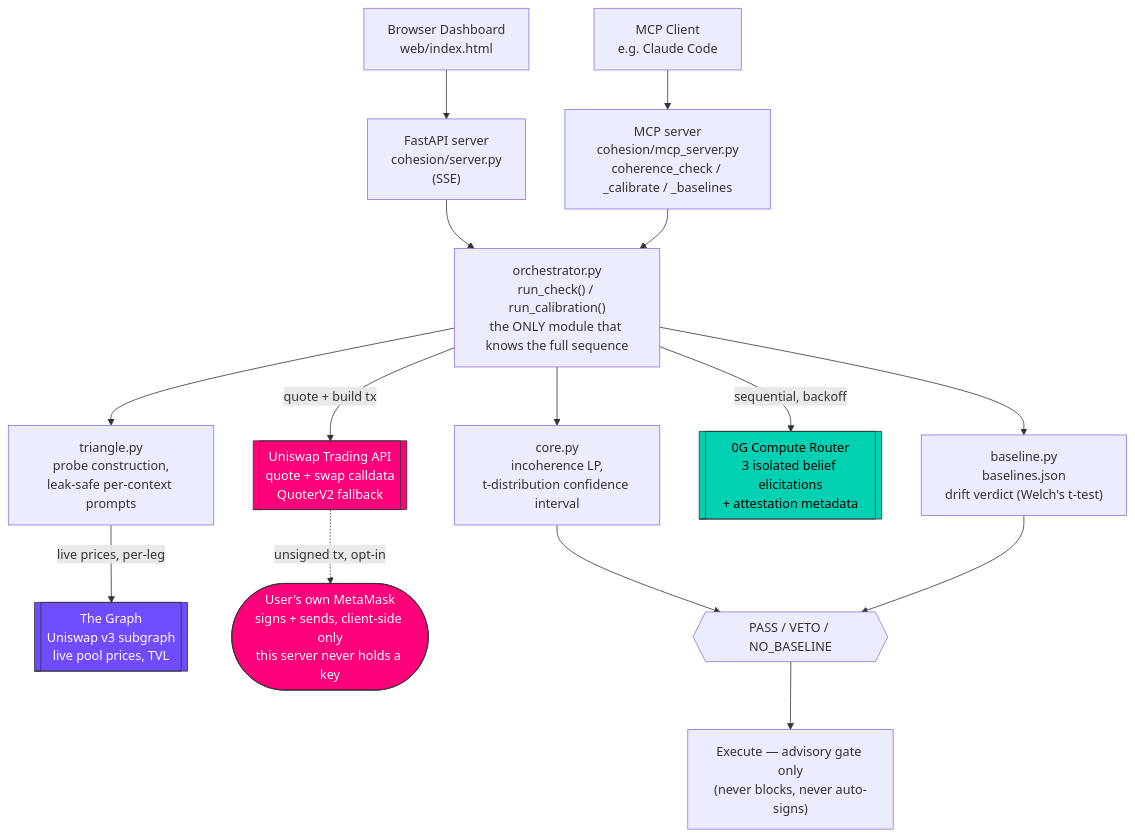
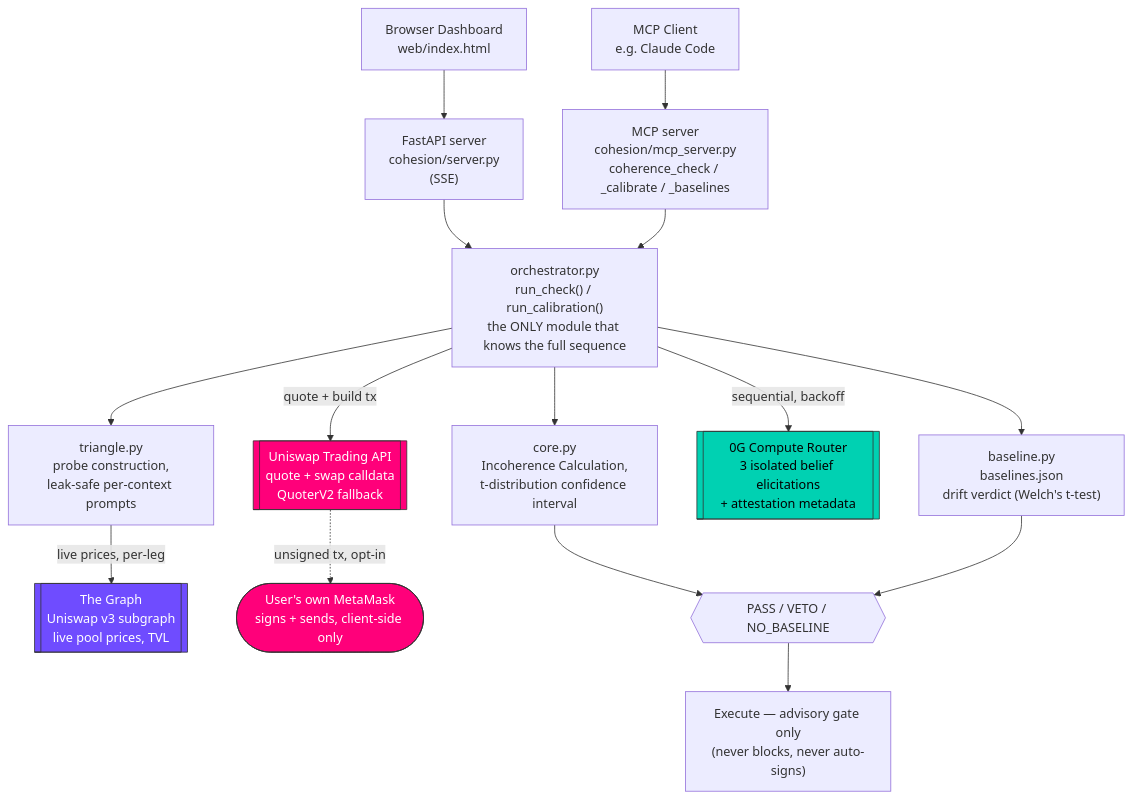
Before and after one commit to Karkunow/eth-global-coherence: the diagram in README.md, drawn with Mermaid. The commit also changed other lines of this file, not shown here.

Commit message:
fix: update terminology in README for clarity on incoherence calculation

````diff
--- a/README.md
+++ b/README.md
@@ -15,45 +15,45 @@
 ```mermaid
 flowchart TB
     UI["Browser Dashboard<br/>web/index.html"]
     MCPC["MCP Client<br/>e.g. Claude Code"]
 
     SRV["FastAPI server<br/>cohesion/server.py<br/>(SSE)"]
     MCPS["MCP server<br/>cohesion/mcp_server.py<br/>coherence_check / _calibrate / _baselines"]
 
     UI --> SRV
     MCPC --> MCPS
 
     ORCH["orchestrator.py<br/>run_check() / run_calibration()<br/>the ONLY module that knows the full sequence"]
     SRV --> ORCH
     MCPS --> ORCH
 
     TRI["triangle.py<br/>probe construction,<br/>leak-safe per-context prompts"]
-    CORE["core.py<br/>incoherence LP,<br/>t-distribution confidence interval"]
+    CORE["core.py<br/>Incoherence Calculation,<br/>t-distribution confidence interval"]
     BASE["baseline.py<br/>baselines.json<br/>drift verdict (Welch's t-test)"]
     ORCH --> TRI
     ORCH --> CORE
     ORCH --> BASE
 
     GRAPH[["The Graph<br/>Uniswap v3 subgraph<br/>live pool prices, TVL"]]
     ZG[["0G Compute Router<br/>3 isolated belief elicitations<br/>+ attestation metadata"]]
     UNI[["Uniswap Trading API<br/>quote + swap calldata<br/>QuoterV2 fallback"]]
 
     TRI -->|live prices, per-leg| GRAPH
     ORCH -->|sequential, backoff| ZG
     ORCH -->|quote + build tx| UNI
 
-    MM(["User's own MetaMask<br/>signs + sends, client-side only<br/>this server never holds a key"])
+    MM(["User's own MetaMask<br/>signs + sends, client-side only"])
     UNI -.->|unsigned tx, opt-in| MM
 
     VERDICT{{"PASS / VETO / NO_BASELINE"}}
     CORE --> VERDICT
     BASE --> VERDICT
     VERDICT --> EXEC["Execute — advisory gate only<br/>(never blocks, never auto-signs)"]
 
     classDef thegraph fill:#6f4cff,color:#fff,stroke:#333,stroke-width:1px;
     classDef uniswap fill:#ff007a,color:#fff,stroke:#333,stroke-width:1px;
     classDef zg fill:#00d1b2,color:#000,stroke:#333,stroke-width:1px;
     class GRAPH thegraph
     class UNI,MM uniswap
     class ZG zg
 ```
````
